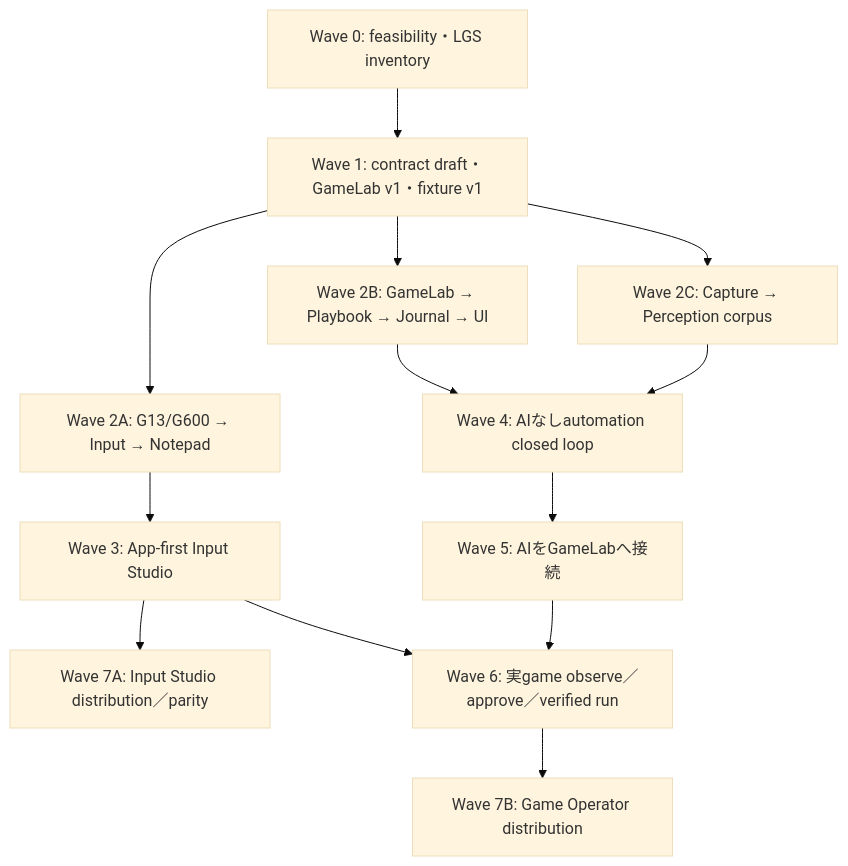
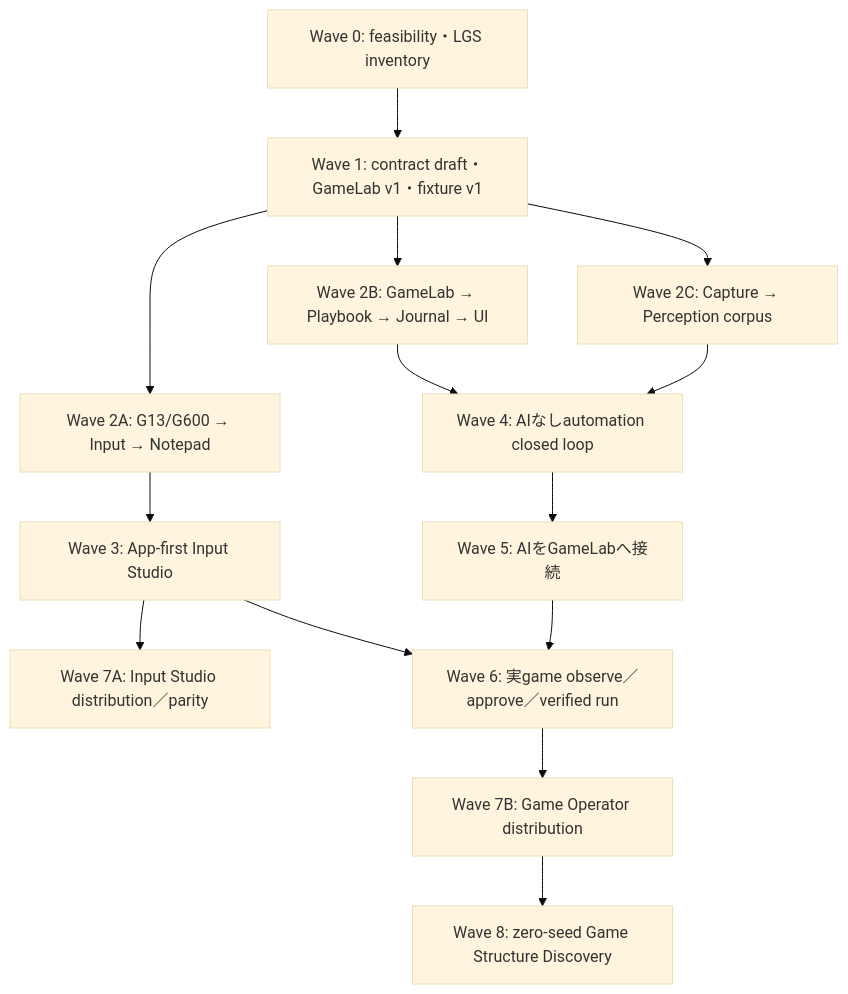
The second of 2 diagrams in docs/development-plan.md (quolu/OpenLogicool), drawn with Mermaid (base theme) before and after one commit. The commit also changed other lines of this file and 2 other files, not shown here.

```diff
--- a/docs/development-plan.md
+++ b/docs/development-plan.md
@@ -822,15 +966,16 @@
 ~~~mermaid
 flowchart TD
     W0["Wave 0: feasibility・LGS inventory"] --> W1["Wave 1: contract draft・GameLab v1・fixture v1"]
     W1 --> W2A["Wave 2A: G13/G600 → Input → Notepad"]
     W1 --> W2B["Wave 2B: GameLab → Playbook → Journal → UI"]
     W1 --> W2C["Wave 2C: Capture → Perception corpus"]
     W2A --> W3["Wave 3: App-first Input Studio"]
     W2B --> W4["Wave 4: AIなしautomation closed loop"]
     W2C --> W4
     W4 --> W5["Wave 5: AIをGameLabへ接続"]
     W3 --> W7I["Wave 7A: Input Studio distribution／parity"]
     W3 --> W6["Wave 6: 実game observe／approve／verified run"]
     W5 --> W6
     W6 --> W7G["Wave 7B: Game Operator distribution"]
+    W7G --> W8["Wave 8: zero-seed Game Structure Discovery"]
 ~~~
```
